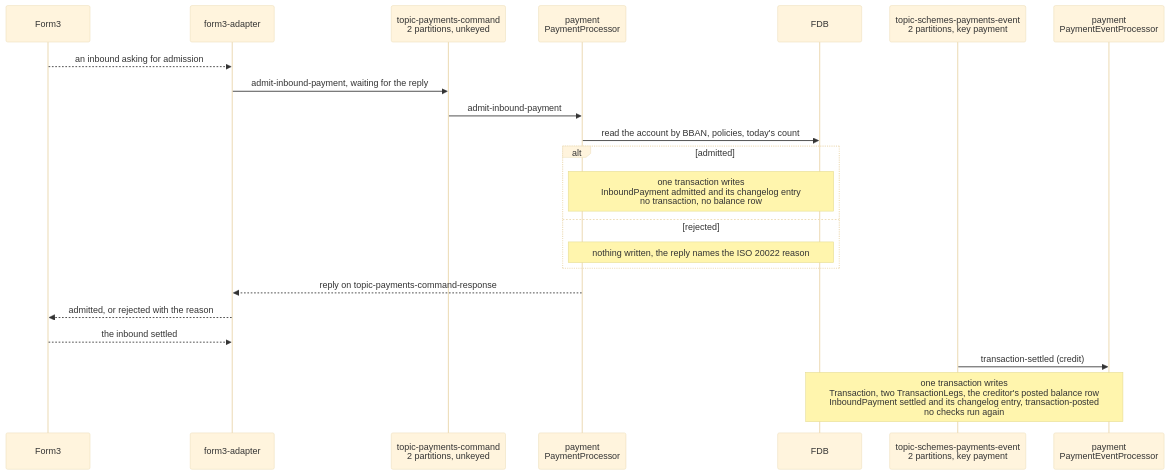
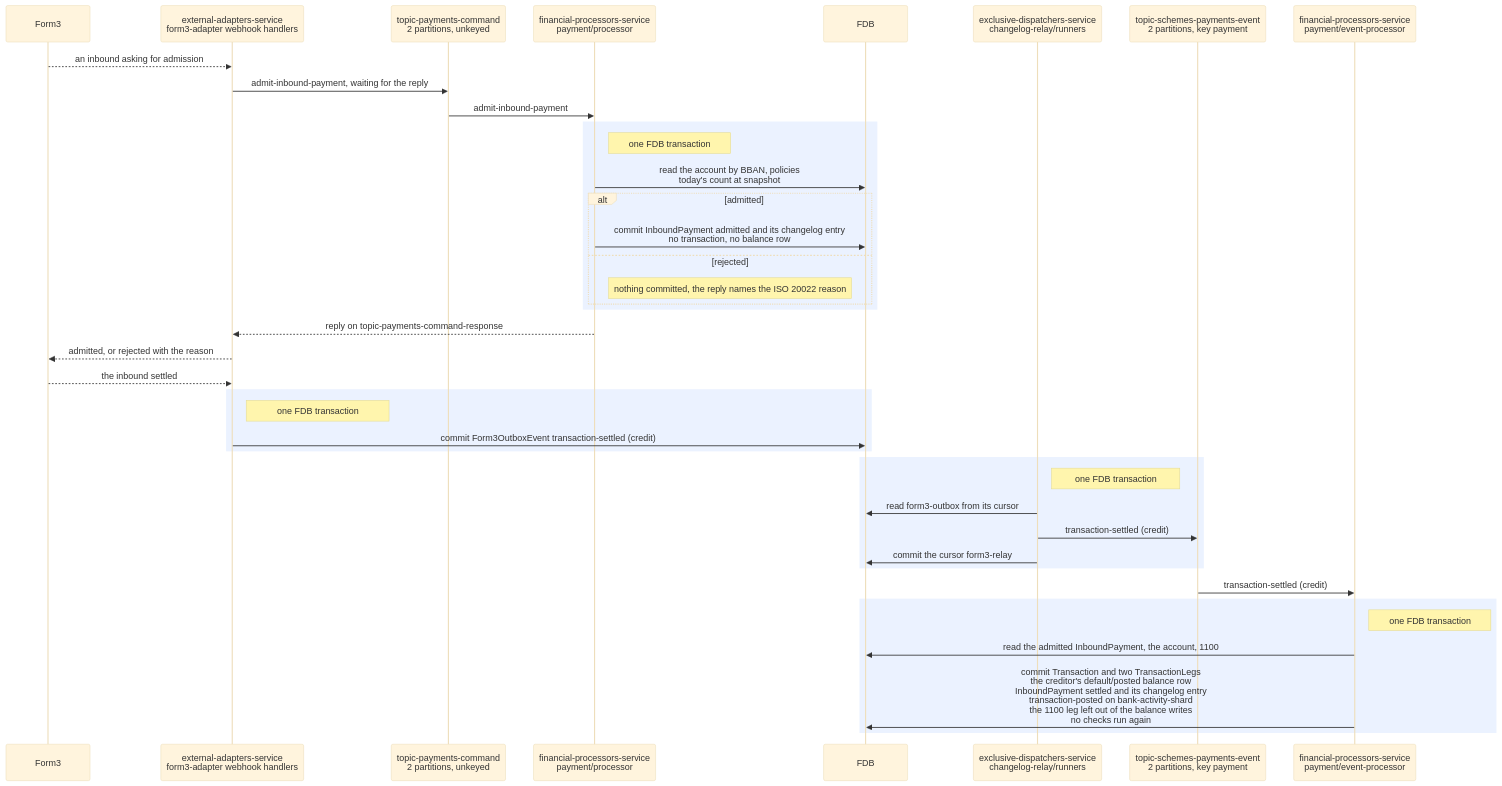
The fifth of 6 diagrams in docs/tdd/payments-inbound.md (repldriven/queenswood), drawn with Mermaid (base theme) before and after one commit. The commit also changed other lines of this file and 1 other file, not shown here.

First line of the commit message:
Draw each FDB transaction as a commit to it, and name every participant as it is in the code

````diff
--- a/docs/tdd/payments-inbound.md
+++ b/docs/tdd/payments-inbound.md
@@ -162,24 +235,42 @@
 ```mermaid
 sequenceDiagram
     participant PR as Form3
-    participant AD as form3-adapter
+    participant WH as external-adapters-service<br/>form3-adapter webhook handlers
     participant PC as topic-payments-command<br/>2 partitions, unkeyed
-    participant PP as payment<br/>PaymentProcessor
+    participant PP as financial-processors-service<br/>payment/processor
     participant DB as FDB
+    participant OR as exclusive-dispatchers-service<br/>changelog-relay/runners
     participant SE as topic-schemes-payments-event<br/>2 partitions, key payment
-    participant PE as payment<br/>PaymentEventProcessor
-    PR-->>AD: an inbound asking for admission
-    AD->>PC: admit-inbound-payment, waiting for the reply
+    participant PE as financial-processors-service<br/>payment/event-processor
+    PR-->>WH: an inbound asking for admission
+    WH->>PC: admit-inbound-payment, waiting for the reply
     PC->>PP: admit-inbound-payment
-    PP->>DB: read the account by BBAN, policies, today's count
+    rect rgb(235, 242, 255)
+    Note right of PP: one FDB transaction
+    PP->>DB: read the account by BBAN, policies<br/>today's count at snapshot
     alt admitted
-        Note over PP,DB: one transaction writes<br/>InboundPayment admitted and its changelog entry<br/>no transaction, no balance row
+        PP->>DB: commit InboundPayment admitted and its changelog entry<br/>no transaction, no balance row
     else rejected
-        Note over PP,DB: nothing written, the reply names the ISO 20022 reason
+        Note right of PP: nothing committed, the reply names the ISO 20022 reason
     end
-    PP-->>AD: reply on topic-payments-command-response
-    AD-->>PR: admitted, or rejected with the reason
-    PR-->>AD: the inbound settled
+    end
+    PP-->>WH: reply on topic-payments-command-response
+    WH-->>PR: admitted, or rejected with the reason
+    PR-->>WH: the inbound settled
+    rect rgb(235, 242, 255)
+    Note right of WH: one FDB transaction
+    WH->>DB: commit Form3OutboxEvent transaction-settled (credit)
+    end
+    rect rgb(235, 242, 255)
+    Note right of OR: one FDB transaction
+    OR->>DB: read form3-outbox from its cursor
+    OR->>SE: transaction-settled (credit)
+    OR->>DB: commit the cursor form3-relay
+    end
     SE->>PE: transaction-settled (credit)
-    Note over PE,DB: one transaction writes<br/>Transaction, two TransactionLegs, the creditor's posted balance row<br/>InboundPayment settled and its changelog entry, transaction-posted<br/>no checks run again
+    rect rgb(235, 242, 255)
+    Note right of PE: one FDB transaction
+    PE->>DB: read the admitted InboundPayment, the account, 1100
+    PE->>DB: commit Transaction and two TransactionLegs<br/>the creditor's default/posted balance row<br/>InboundPayment settled and its changelog entry<br/>transaction-posted on bank-activity-shard<br/>the 1100 leg left out of the balance writes<br/>no checks run again
+    end
 ```
````
